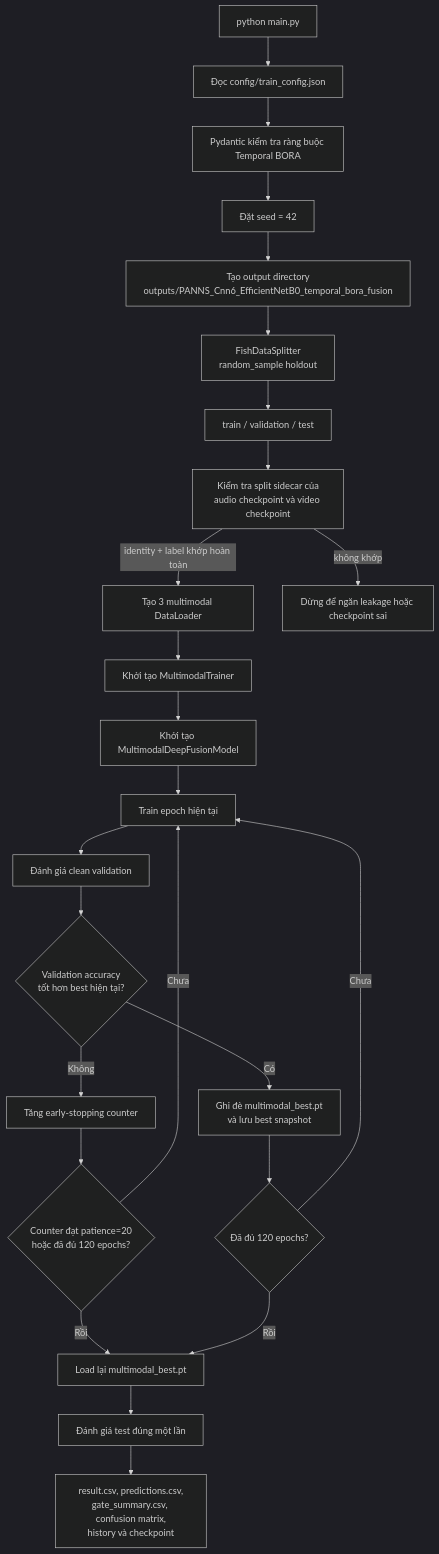
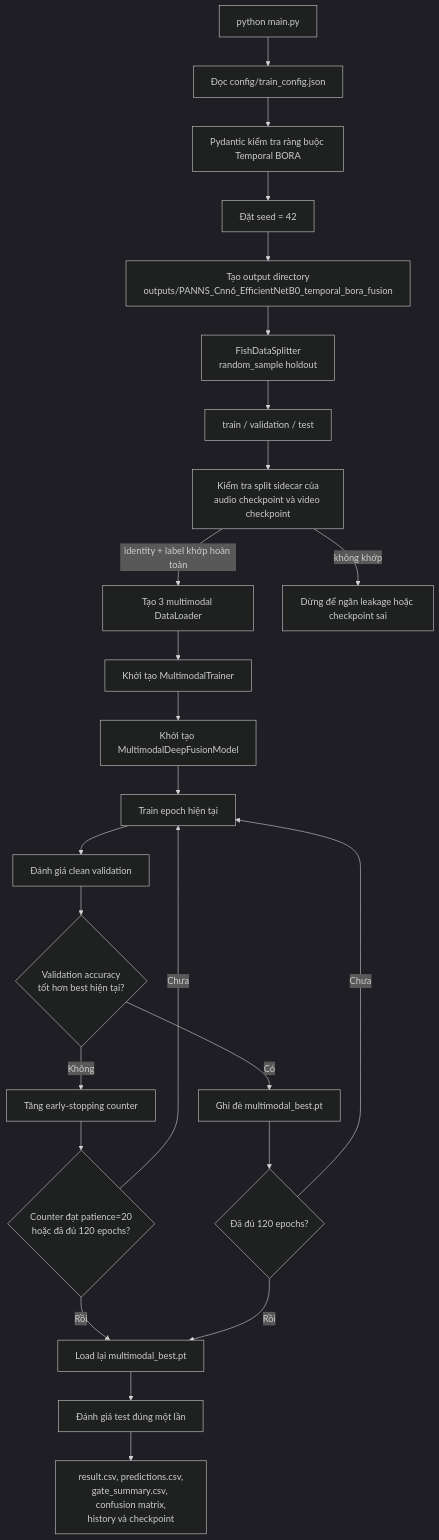
Before and after one commit to nauthen/BORA_Multimodal: the first of 14 diagrams in docs/full_model_pipeline.md, drawn with Mermaid (dark theme). The commit also changed 2 other files, not shown here.

Commit message:
Stop saving per-epoch best snapshots; keep only multimodal_best.pt

````diff
--- a/docs/full_model_pipeline.md
+++ b/docs/full_model_pipeline.md
@@ -91,27 +91,27 @@
 ```mermaid
 flowchart TD
     ENTRY["python main.py"] --> LOADCFG["Đọc config/train_config.json"]
     LOADCFG --> VALIDCFG["Pydantic kiểm tra ràng buộc Temporal BORA"]
     VALIDCFG --> SEED["Đặt seed = 42"]
     SEED --> ROOT["Tạo output directory<br/>outputs/PANNS_Cnn6_EfficientNetB0_temporal_bora_fusion"]
     ROOT --> SPLIT["FishDataSplitter<br/>random_sample holdout"]
     SPLIT --> S3["train / validation / test"]
     S3 --> CHECK["Kiểm tra split sidecar của<br/>audio checkpoint và video checkpoint"]
     CHECK -->|"identity + label khớp hoàn toàn"| LOADERS["Tạo 3 multimodal DataLoader"]
     CHECK -->|"không khớp"| STOP["Dừng để ngăn leakage hoặc checkpoint sai"]
     LOADERS --> TRAINER["Khởi tạo MultimodalTrainer"]
     TRAINER --> MODEL["Khởi tạo MultimodalDeepFusionModel"]
     MODEL --> FIT["Train epoch hiện tại"]
     FIT --> VAL["Đánh giá clean validation"]
     VAL --> SELECT{"Validation accuracy<br/>tốt hơn best hiện tại?"}
-    SELECT -->|"Có"| SAVE["Ghi đè multimodal_best.pt<br/>và lưu best snapshot"]
+    SELECT -->|"Có"| SAVE["Ghi đè multimodal_best.pt"]
     SELECT -->|"Không"| EARLY["Tăng early-stopping counter"]
     SAVE --> NEXT{"Đã đủ 120 epochs?"}
     EARLY --> PATIENCE{"Counter đạt patience=20<br/>hoặc đã đủ 120 epochs?"}
     PATIENCE -->|"Chưa"| FIT
     NEXT -->|"Chưa"| FIT
     PATIENCE -->|"Rồi"| RELOAD["Load lại multimodal_best.pt"]
     NEXT -->|"Rồi"| RELOAD
     RELOAD --> TEST["Đánh giá test đúng một lần"]
     TEST --> ARTIFACTS["result.csv, predictions.csv,<br/>gate_summary.csv, confusion matrix,<br/>history và checkpoint"]
 ```
````
